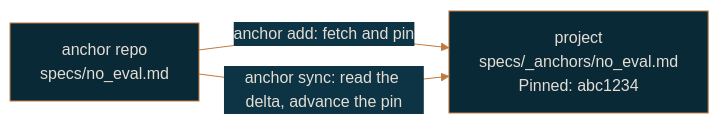
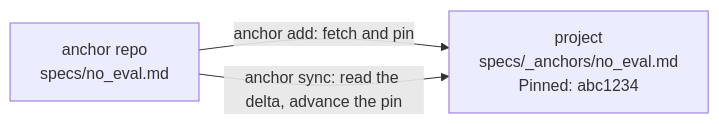
Before and after one commit to rlabarca/purlin: the diagram in docs/specs-and-anchors.md, drawn with Mermaid. The commit also changed other lines of this file and 4 other files, not shown here.

````diff
--- a/docs/specs-and-anchors.md
+++ b/docs/specs-and-anchors.md
@@ -175,8 +181,7 @@
 ```mermaid
-%%{init: {"theme": "base", "themeVariables": {"background": "#0C3444", "primaryColor": "#092936", "primaryTextColor": "#E4DDD4", "primaryBorderColor": "#C0793F", "lineColor": "#C0793F", "secondaryColor": "#0C3444", "tertiaryColor": "#092936", "fontFamily": "Arial", "textColor": "#E4DDD4"}}}%%
 flowchart LR
   A["anchor repo<br/>specs/no_eval.md"]
   B["project<br/>specs/_anchors/no_eval.md<br/>Pinned: abc1234"]
   A -- "anchor add: fetch and pin" --> B
   A -- "anchor sync: read the delta, advance the pin" --> B
 ```
````
